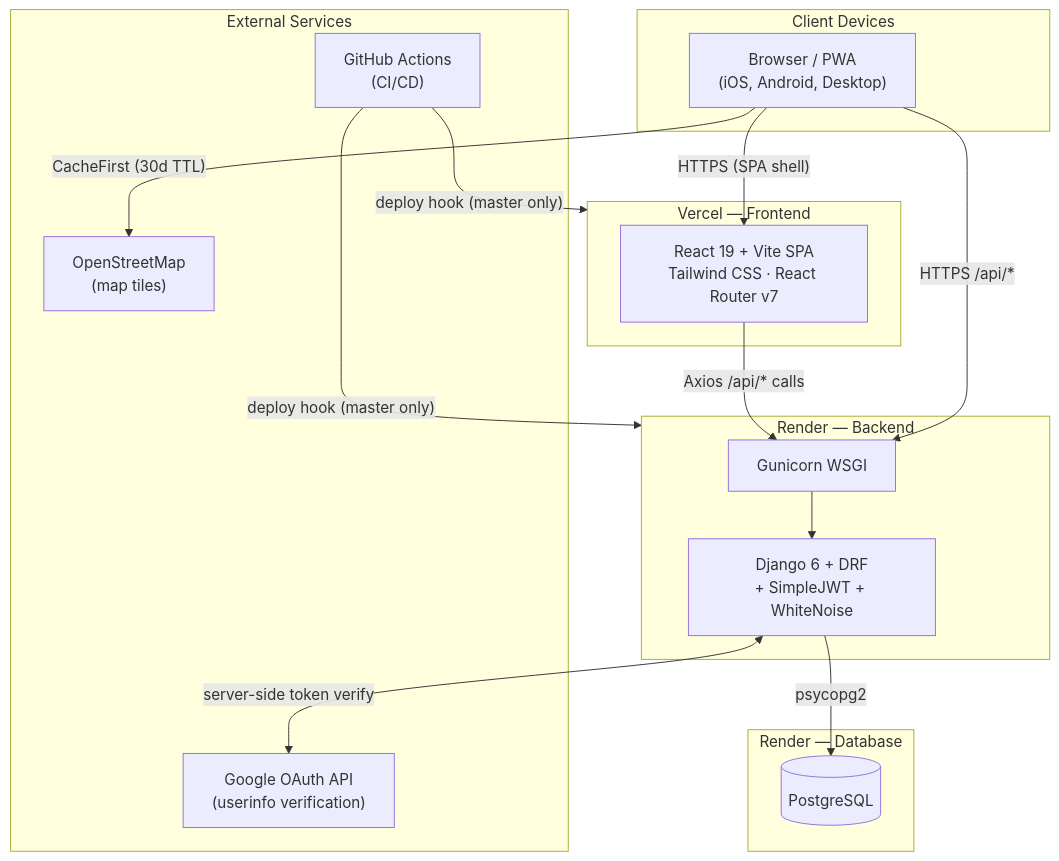
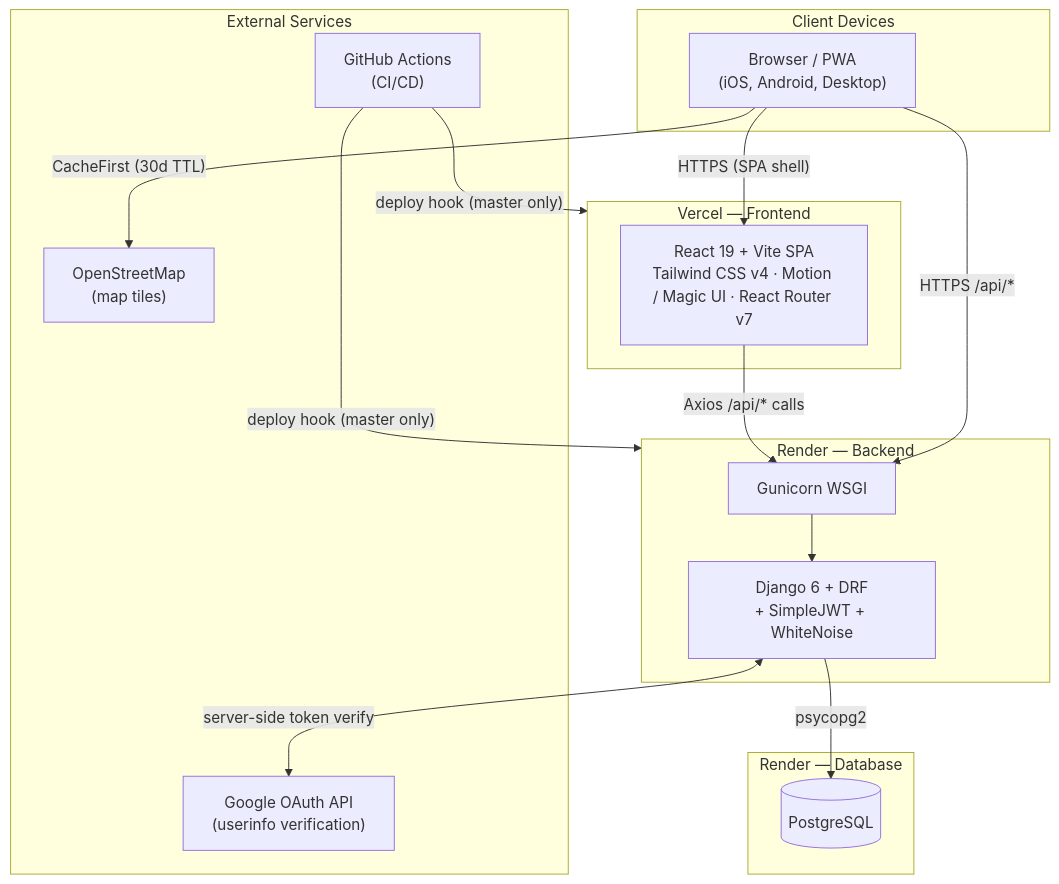
Before and after one commit to HarleyBishop/Climbing-Project: the first of 7 diagrams in ARCHITECTURE.md, drawn with Mermaid. The commit also changed 54 other files, not shown here.

````diff
--- a/ARCHITECTURE.md
+++ b/ARCHITECTURE.md
@@ -5,36 +5,36 @@
 ```mermaid
 graph TB
     subgraph Clients["Client Devices"]
         PWA["Browser / PWA\n(iOS, Android, Desktop)"]
     end
 
     subgraph Vercel["Vercel — Frontend"]
-        Vite["React 19 + Vite SPA\nTailwind CSS · React Router v7"]
+        Vite["React 19 + Vite SPA\nTailwind CSS v4 · Motion / Magic UI · React Router v7"]
     end
 
     subgraph Render["Render — Backend"]
         Gunicorn["Gunicorn WSGI"]
         Django["Django 6 + DRF\n+ SimpleJWT + WhiteNoise"]
     end
 
     subgraph RenderDB["Render — Database"]
         PG[("PostgreSQL")]
     end
 
     subgraph External["External Services"]
         GoogleOAuth["Google OAuth API\n(userinfo verification)"]
         OSM["OpenStreetMap\n(map tiles)"]
         GHA["GitHub Actions\n(CI/CD)"]
     end
 
     PWA -- "HTTPS (SPA shell)" --> Vite
     PWA -- "HTTPS /api/*" --> Gunicorn
     Vite -- "Axios /api/* calls" --> Gunicorn
     Gunicorn --> Django
     Django -- "psycopg2" --> PG
     Django <-- "server-side token verify" --> GoogleOAuth
     PWA -- "CacheFirst (30d TTL)" --> OSM
 
     GHA -- "deploy hook (master only)" --> Render
     GHA -- "deploy hook (master only)" --> Vercel
 ```
````
